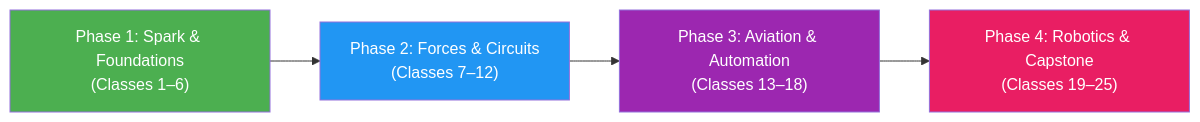
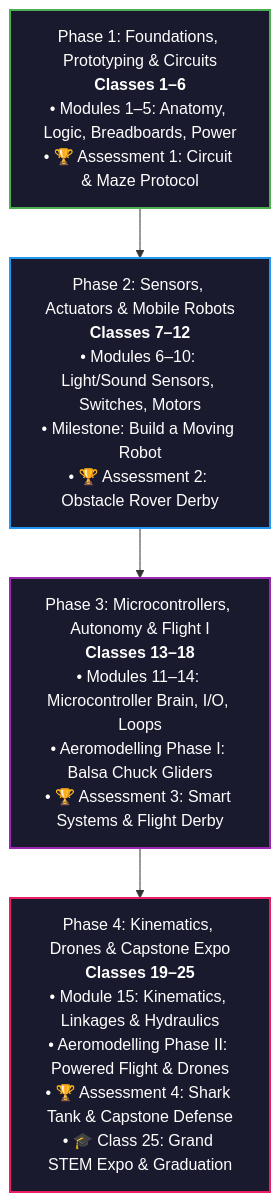
One commit to viz-lab-hue/Good-Soil changed the first of 2 diagrams in Curriculum/curriculum_plan.md. Above: the diagram before and after it, drawn with Mermaid. The commit also changed other lines of this file and 12 other files, not shown here.

Commit message:
feat(curriculum-bom): align 25-class curriculum with 15-module robotics framework, sync BOM and web catalogue, archive legacy plans

````diff
--- a/Curriculum/curriculum_plan.md
+++ b/Curriculum/curriculum_plan.md
@@ -48,11 +15,16 @@
 ```mermaid
-graph LR
-    P1["Phase 1: Spark & Foundations<br/>(Classes 1–6)"] --> P2["Phase 2: Forces & Circuits<br/>(Classes 7–12)"]
-    P2 --> P3["Phase 3: Aviation & Automation<br/>(Classes 13–18)"]
-    P3 --> P4["Phase 4: Robotics & Capstone<br/>(Classes 19–25)"]
+graph TD
+    P1["Phase 1: Foundations, Prototyping & Circuits<br/><b>Classes 1–6</b><br/>• Modules 1–5: Anatomy, Logic, Breadboards, Power<br/>• 🏆 Assessment 1: Circuit & Maze Protocol"]
+    P2["Phase 2: Sensors, Actuators & Mobile Robots<br/><b>Classes 7–12</b><br/>• Modules 6–10: Light/Sound Sensors, Switches, Motors<br/>• Milestone: Build a Moving Robot<br/>• 🏆 Assessment 2: Obstacle Rover Derby"]
+    P3["Phase 3: Microcontrollers, Autonomy & Flight I<br/><b>Classes 13–18</b><br/>• Modules 11–14: Microcontroller Brain, I/O, Loops<br/>• Aeromodelling Phase I: Balsa Chuck Gliders<br/>• 🏆 Assessment 3: Smart Systems & Flight Derby"]
+    P4["Phase 4: Kinematics, Drones & Capstone Expo<br/><b>Classes 19–25</b><br/>• Module 15: Kinematics, Linkages & Hydraulics<br/>• Aeromodelling Phase II: Powered Flight & Drones<br/>• 🏆 Assessment 4: Shark Tank & Capstone Defense<br/>• 🎓 Class 25: Grand STEM Expo & Graduation"]
 
-    style P1 fill:#4CAF50,color:#fff
-    style P2 fill:#2196F3,color:#fff
-    style P3 fill:#9C27B0,color:#fff
-    style P4 fill:#E91E63,color:#fff
+    P1 --> P2
+    P2 --> P3
+    P3 --> P4
+
+    style P1 fill:#1a1a2e,color:#fff,stroke:#4CAF50,stroke-width:2px
+    style P2 fill:#1a1a2e,color:#fff,stroke:#2196F3,stroke-width:2px
+    style P3 fill:#1a1a2e,color:#fff,stroke:#9C27B0,stroke-width:2px
+    style P4 fill:#1a1a2e,color:#fff,stroke:#E91E63,stroke-width:2px
 ```
````
